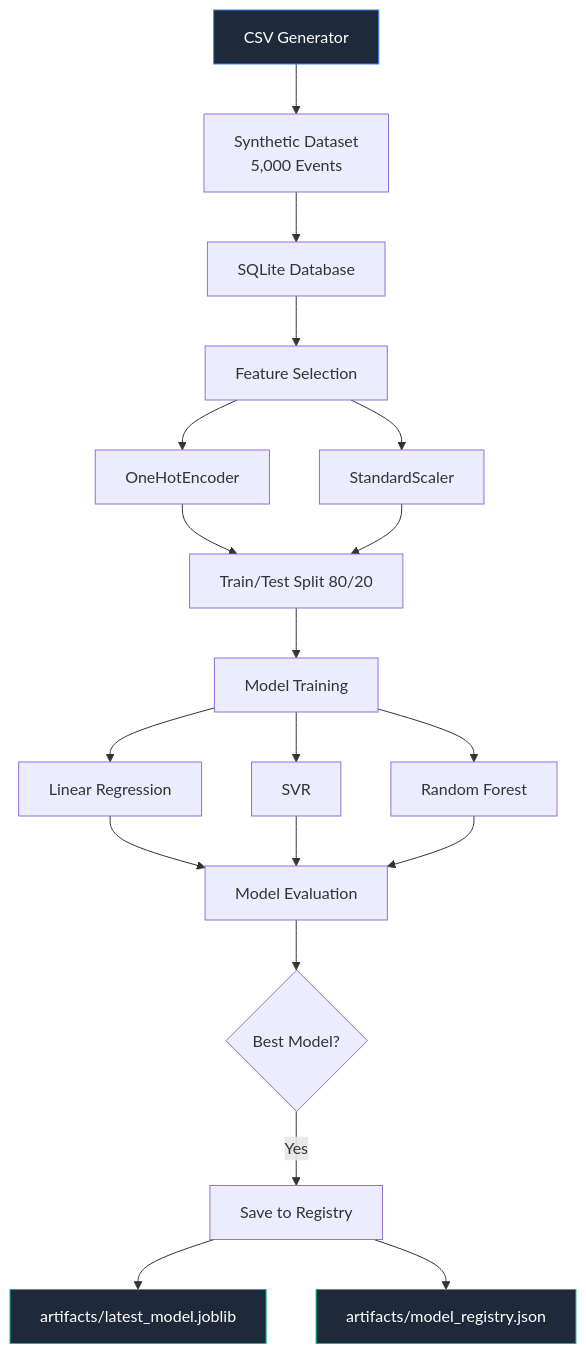
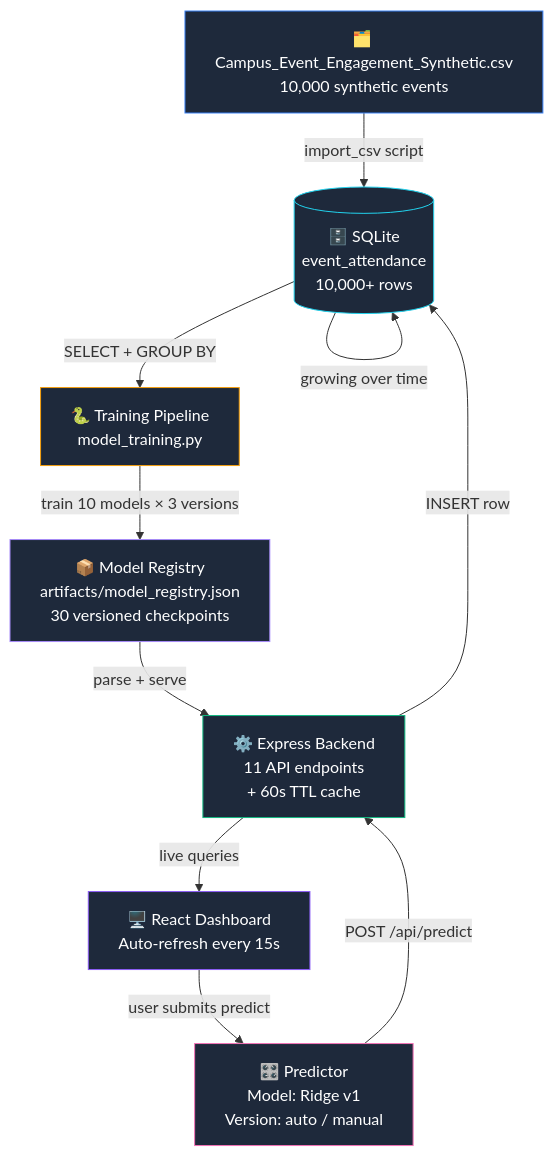
The fifth of 15 diagrams in README.md (vengeance0112/Campus-Intel---Hackathon-3), drawn with Mermaid before and after one commit. The commit also changed other lines of this file, not shown here.

````diff
--- a/README.md
+++ b/README.md
@@ -231,30 +300,27 @@
 ```mermaid
 flowchart TB
-    A["CSV Generator"] --> B["Synthetic Dataset<br/>5,000 Events"]
-    B --> C["SQLite Database"]
-    
-    C --> D["Feature Selection"]
-    D --> E["OneHotEncoder"]
-    D --> F["StandardScaler"]
-    
-    E --> G["Train/Test Split 80/20"]
-    F --> G
-    
-    G --> H["Model Training"]
-    H --> I["Linear Regression"]
-    H --> J["SVR"]
-    H --> K["Random Forest"]
-    
-    I --> L["Model Evaluation"]
-    J --> L
-    K --> L
-    
-    L --> M{"Best Model?"}
-    M -->|Yes| N["Save to Registry"]
-    N --> O["artifacts/latest_model.joblib"]
-    N --> P["artifacts/model_registry.json"]
-    
+    A["🗂️ Campus_Event_Engagement_Synthetic.csv\n10,000 synthetic events"] -->|import_csv script| B
+
+    B[("🗄️ SQLite\nevent_attendance\n10,000+ rows")] -->|SELECT + GROUP BY| C
+    B -->|growing over time| B
+
+    C["🐍 Training Pipeline\nmodel_training.py"] -->|train 10 models × 3 versions| D
+
+    D["📦 Model Registry\nartifacts/model_registry.json\n30 versioned checkpoints"] -->|parse + serve| E
+
+    E["⚙️ Express Backend\n11 API endpoints\n+ 60s TTL cache"] -->|live queries| F
+
+    F["🖥️ React Dashboard\nAuto-refresh every 15s"] -->|user submits predict| G
+
+    G["🎛️ Predictor\nModel: Ridge v1\nVersion: auto / manual"] -->|POST /api/predict| E
+
+    E -->|INSERT row| B
+
     style A fill:#1e293b,stroke:#3b82f6,color:#fff
-    style O fill:#1e293b,stroke:#10b981,color:#fff
-    style P fill:#1e293b,stroke:#10b981,color:#fff
+    style B fill:#1e293b,stroke:#22d3ee,color:#fff
+    style C fill:#1e293b,stroke:#f59e0b,color:#fff
+    style D fill:#1e293b,stroke:#a78bfa,color:#fff
+    style E fill:#1e293b,stroke:#10b981,color:#fff
+    style F fill:#1e293b,stroke:#8b5cf6,color:#fff
+    style G fill:#1e293b,stroke:#f472b6,color:#fff
 ```
````
